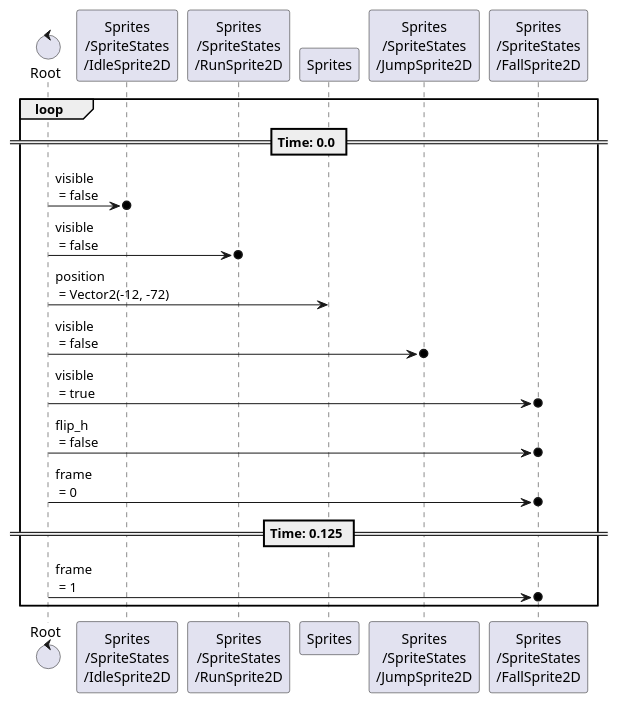
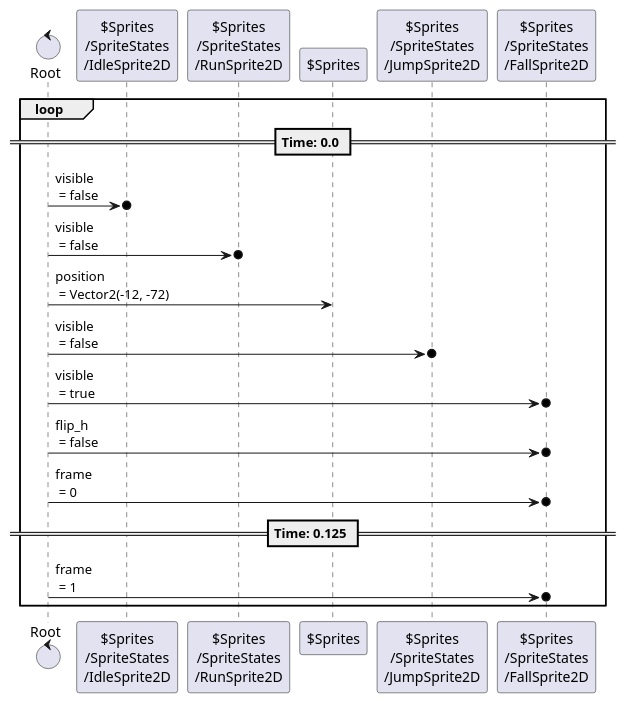
One commit to tkmfujise/Platformer-Game-Learning changed the second of 11 diagrams in content/scenes/src/player/player.tscn.adoc. Above: the diagram before and after it, drawn with PlantUML. The commit also changed other lines of this file and 31 other files, not shown here.

Commit message:
Add prefix $ to node name in animation sequences

```diff
--- a/content/scenes/src/player/player.tscn.adoc
+++ b/content/scenes/src/player/player.tscn.adoc
@@ -196,24 +196,24 @@
 [plantuml]
 ....
-control "Root" as Root
-participant "Sprites\n/SpriteStates\n/IdleSprite2D" as T0
-participant "Sprites\n/SpriteStates\n/RunSprite2D" as T1
-participant "Sprites" as T2
-participant "Sprites\n/SpriteStates\n/JumpSprite2D" as T3
-participant "Sprites\n/SpriteStates\n/FallSprite2D" as T4
+control "Root" as R
+participant "$Sprites\n/SpriteStates\n/IdleSprite2D" as T0
+participant "$Sprites\n/SpriteStates\n/RunSprite2D" as T1
+participant "$Sprites" as T2
+participant "$Sprites\n/SpriteStates\n/JumpSprite2D" as T3
+participant "$Sprites\n/SpriteStates\n/FallSprite2D" as T4
 
 
 loop
 == Time: 0.0 ==
-Root  ->o  T0 : visible\n = false
-Root  ->o  T1 : visible\n = false
-Root  ->  T2 : position\n = Vector2(-12, -72)
-Root  ->o  T3 : visible\n = false
-Root  ->o  T4 : visible\n = true
-Root  ->o  T4 : flip_h\n = false
-Root  ->o  T4 : frame\n = 0
+R  ->o  T0 : visible\n = false
+R  ->o  T1 : visible\n = false
+R  ->  T2 : position\n = Vector2(-12, -72)
+R  ->o  T3 : visible\n = false
+R  ->o  T4 : visible\n = true
+R  ->o  T4 : flip_h\n = false
+R  ->o  T4 : frame\n = 0
 == Time: 0.125 ==
-Root  ->o  T4 : frame\n = 1
+R  ->o  T4 : frame\n = 1
 
 end
 ....
```
